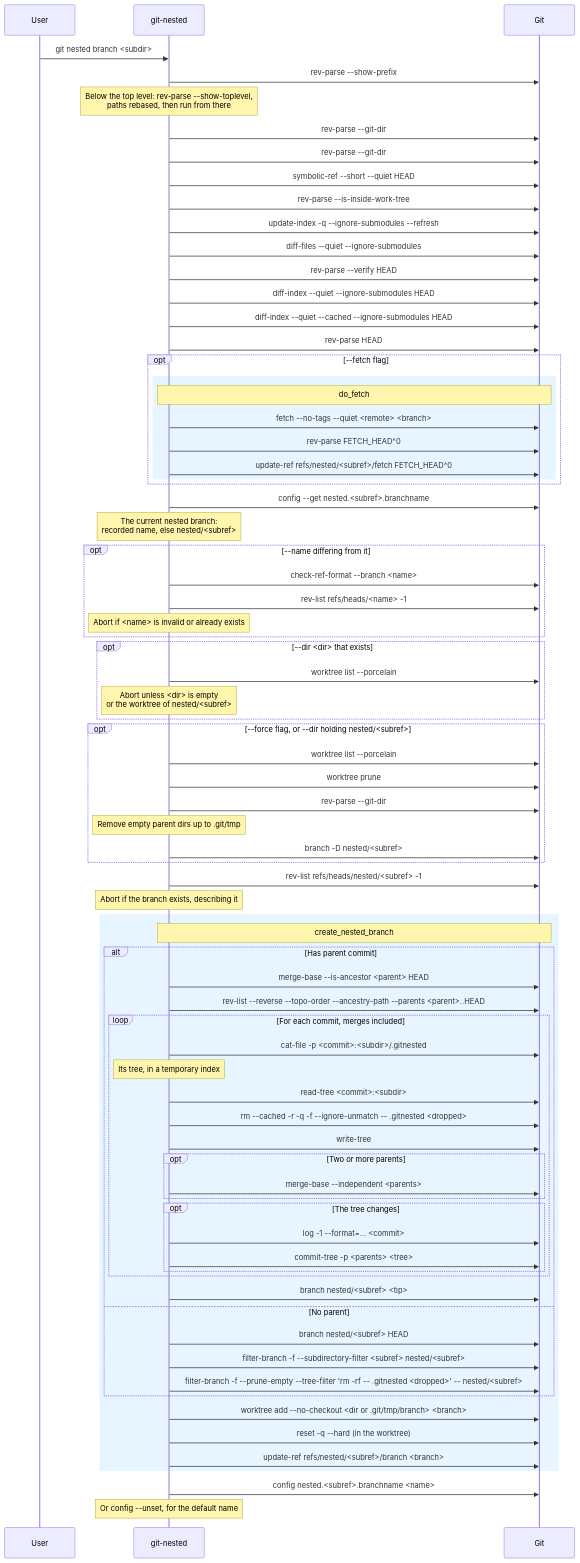
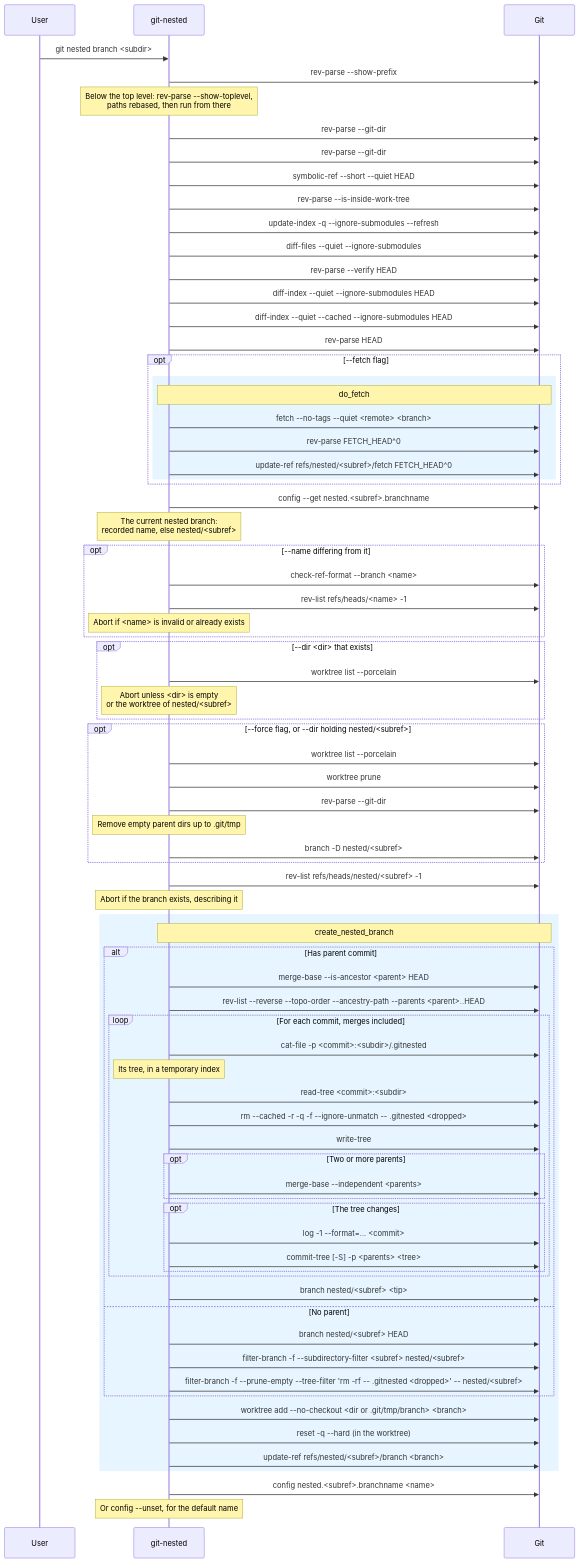
The sixth of 14 diagrams in docs/diagrams.md (thorsten-klein/git-nested), drawn with Mermaid before and after one commit. The commit also changed other lines of this file and 7 other files, not shown here.

First line of the commit message:
feat: `--signoff` and `--gpg-sign` for the commits git-nested makes (#138)

```diff
--- a/docs/diagrams.md
+++ b/docs/diagrams.md
@@ -428,7 +428,7 @@
                 end
                 opt The tree changes
                     git-nested->>Git: log -1 --format=... <commit>
-                    git-nested->>Git: commit-tree -p <parents> <tree>
+                    git-nested->>Git: commit-tree [-S] -p <parents> <tree>
                 end
             end
             git-nested->>Git: branch nested/<subref> <tip>
```
